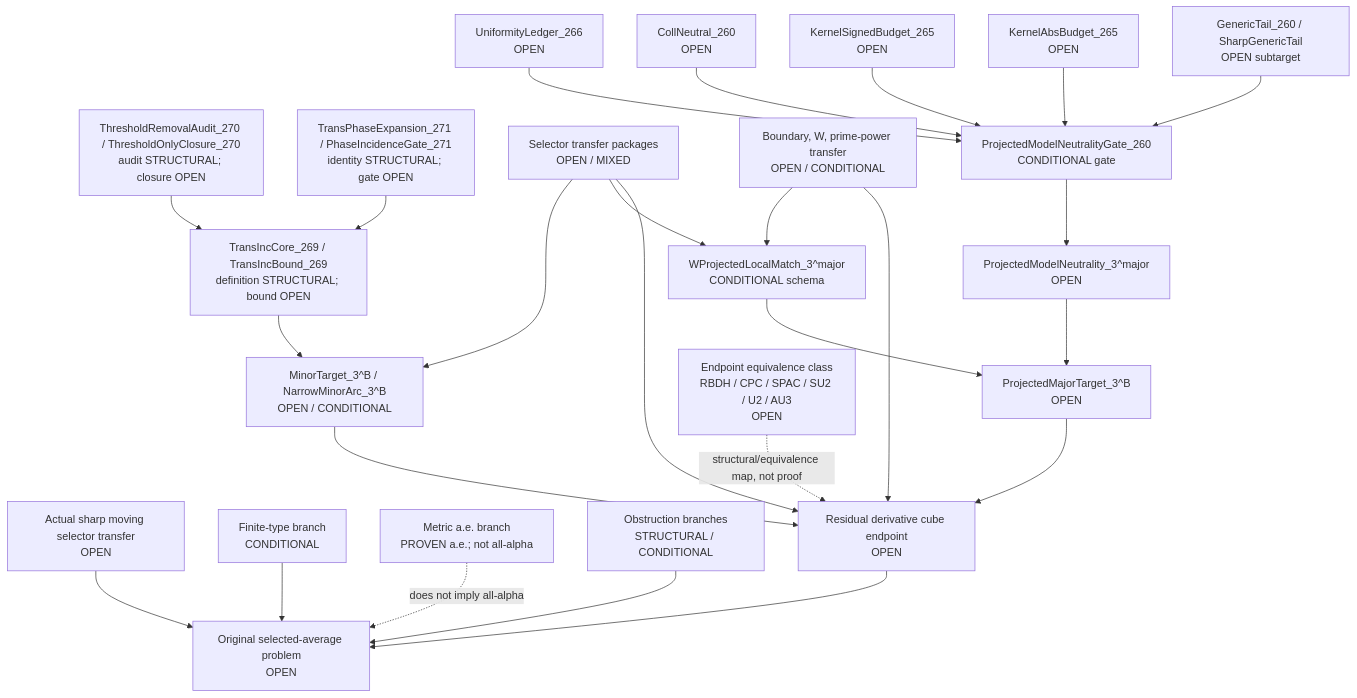
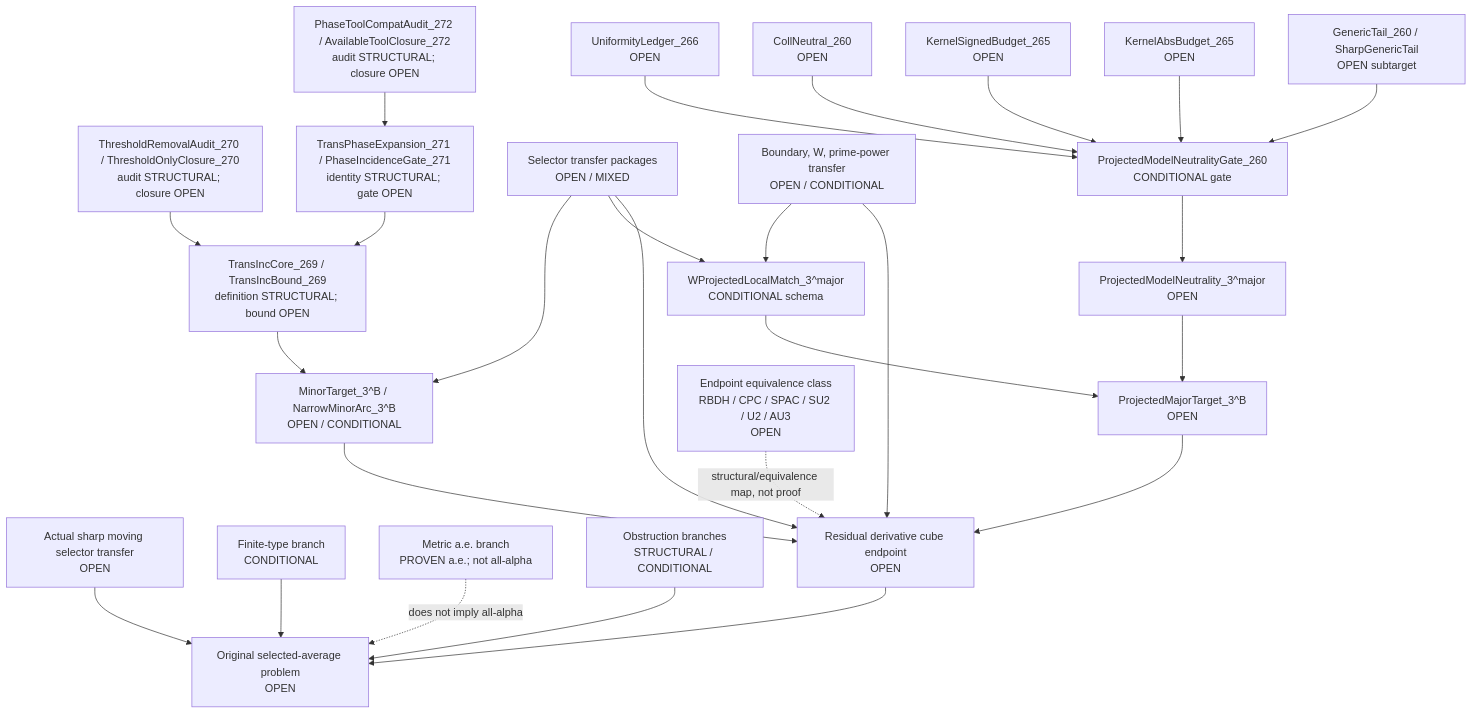
Before and after one commit to flaritycat/PrimeResonanceGap: the diagram in docs/modules/dependency_graph.md, drawn with Mermaid. The commit also changed 9 other files, not shown here.

Commit message:
Add Module 272 phase tool compatibility audit

````diff
--- a/docs/modules/dependency_graph.md
+++ b/docs/modules/dependency_graph.md
@@ -7,57 +7,59 @@
 ```mermaid
 flowchart TD
   Original["Original selected-average problem<br/>OPEN"]
   SharpSel["Actual sharp moving selector transfer<br/>OPEN"]
   FiniteType["Finite-type branch<br/>CONDITIONAL"]
   Metric["Metric a.e. branch<br/>PROVEN a.e.; not all-alpha"]
   Obstruction["Obstruction branches<br/>STRUCTURAL / CONDITIONAL"]
 
   ResCube["Residual derivative cube endpoint<br/>OPEN"]
   MajorTarget["ProjectedMajorTarget_3^B<br/>OPEN"]
   MinorTarget["MinorTarget_3^B / NarrowMinorArc_3^B<br/>OPEN / CONDITIONAL"]
   TransInc["TransIncCore_269 / TransIncBound_269<br/>definition STRUCTURAL; bound OPEN"]
   ThresholdAudit["ThresholdRemovalAudit_270 / ThresholdOnlyClosure_270<br/>audit STRUCTURAL; closure OPEN"]
   PhaseExpansion["TransPhaseExpansion_271 / PhaseIncidenceGate_271<br/>identity STRUCTURAL; gate OPEN"]
+  ToolCompat["PhaseToolCompatAudit_272 / AvailableToolClosure_272<br/>audit STRUCTURAL; closure OPEN"]
   SelectorTransfer["Selector transfer packages<br/>OPEN / MIXED"]
   BoundaryTransfer["Boundary, W, prime-power transfer<br/>OPEN / CONDITIONAL"]
 
   WLocal["WProjectedLocalMatch_3^major<br/>CONDITIONAL schema"]
   ModelNeutral["ProjectedModelNeutrality_3^major<br/>OPEN"]
   PMNGate["ProjectedModelNeutralityGate_260<br/>CONDITIONAL gate"]
   GenericTail["GenericTail_260 / SharpGenericTail<br/>OPEN subtarget"]
   KernelAbs["KernelAbsBudget_265<br/>OPEN"]
   KernelSigned["KernelSignedBudget_265<br/>OPEN"]
   CollNeutral["CollNeutral_260<br/>OPEN"]
   Uniformity["UniformityLedger_266<br/>OPEN"]
 
   EndpointClass["Endpoint equivalence class<br/>RBDH / CPC / SPAC / SU2 / U2 / AU3<br/>OPEN"]
 
   SharpSel --> Original
   FiniteType --> Original
   Obstruction --> Original
   ResCube --> Original
   Metric -. "does not imply all-alpha" .-> Original
 
   MajorTarget --> ResCube
   MinorTarget --> ResCube
   TransInc --> MinorTarget
   ThresholdAudit --> TransInc
   PhaseExpansion --> TransInc
+  ToolCompat --> PhaseExpansion
   SelectorTransfer --> ResCube
   BoundaryTransfer --> ResCube
   EndpointClass -. "structural/equivalence map, not proof" .-> ResCube
 
   WLocal --> MajorTarget
   ModelNeutral --> MajorTarget
 
   PMNGate --> ModelNeutral
   GenericTail --> PMNGate
   KernelAbs --> PMNGate
   KernelSigned --> PMNGate
   CollNeutral --> PMNGate
   Uniformity --> PMNGate
 
   BoundaryTransfer --> WLocal
   SelectorTransfer --> WLocal
   SelectorTransfer --> MinorTarget
 ```
````
